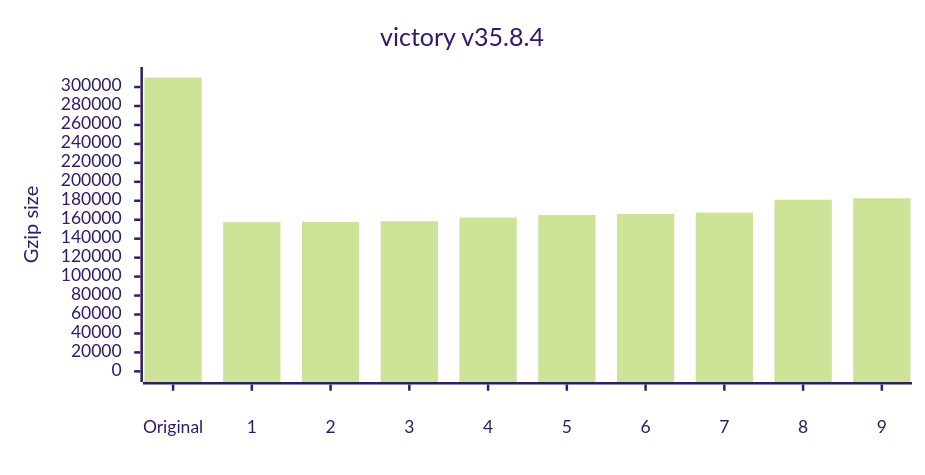
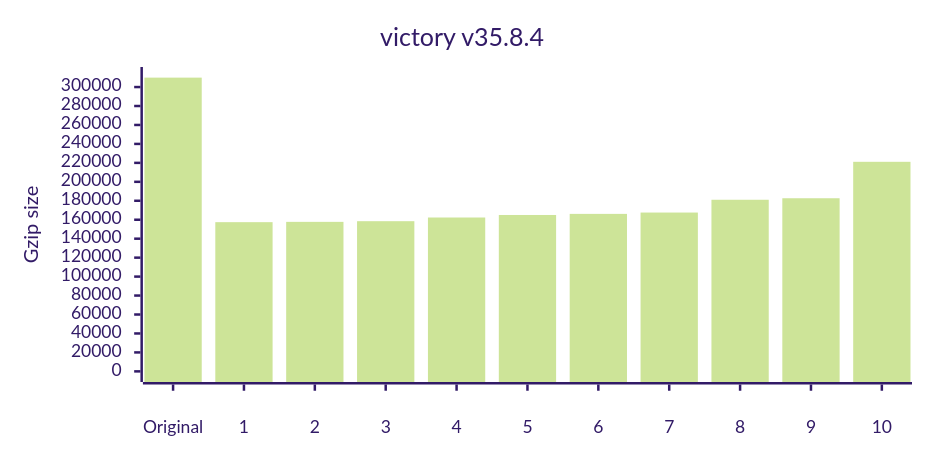
One commit to privatenumber/minification-benchmarks changed the ninth of 12 diagrams in README.md. Above: the diagram before and after it, drawn with Mermaid (forest theme). The commit also changed other lines of this file and 1 other file, not shown here.

````diff
--- a/README.md
+++ b/README.md
@@ -397,17 +406,17 @@
 ```mermaid
 ---
 config:
     xyChart:
         width: 720
         height: 360
         xAxis:
             labelPadding: 20
         yAxis:
             labelPadding: 10
 ---
 xychart-beta
 	title "victory v35.8.4"
-	x-axis ["Original",1,2,3,4,5,6,7,8,9]
+	x-axis ["Original",1,2,3,4,5,6,7,8,9,10]
 	y-axis "Gzip size" 0 --> 309942
-	bar [309942,157435,157754,158459,162351,165014,166176,167579,181071,182671]
+	bar [309942,157435,157754,158459,162351,165014,166176,167579,181071,182671,221118]
 ```
````
